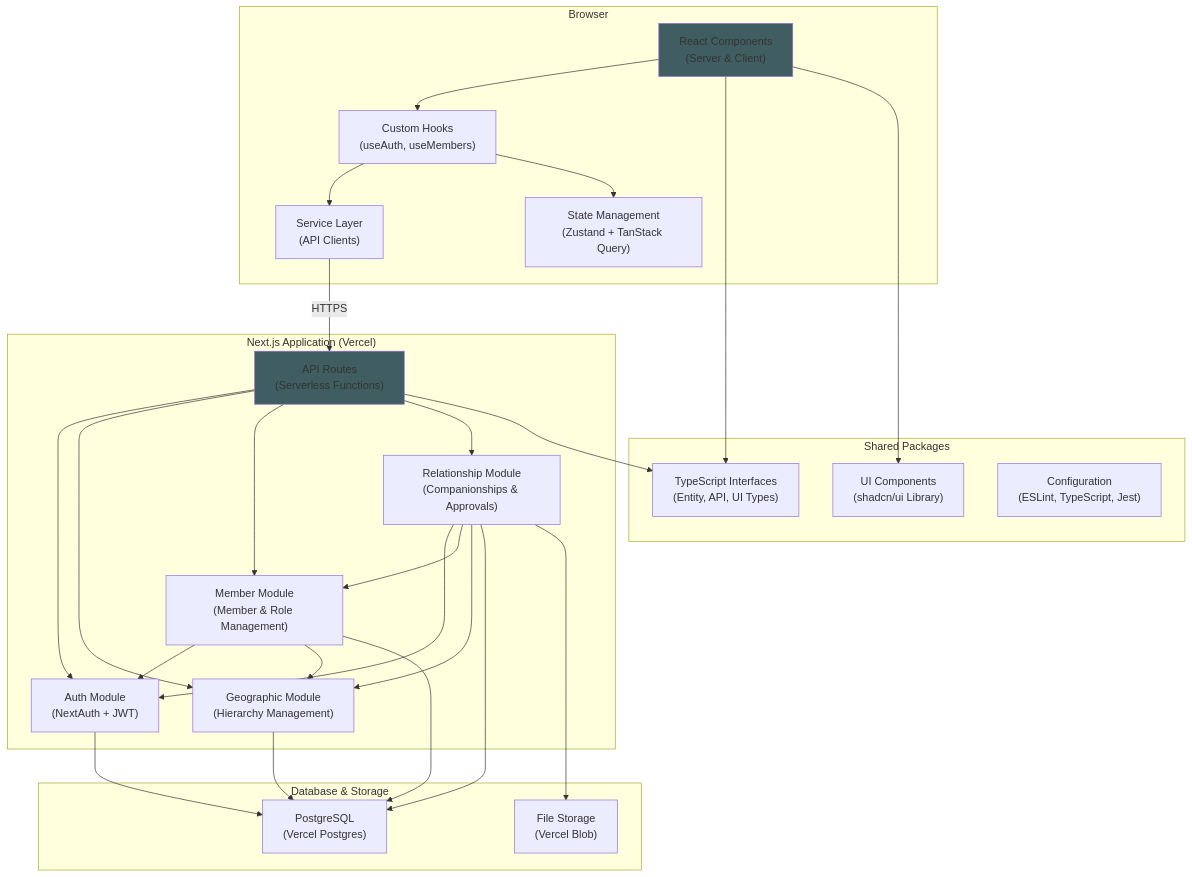
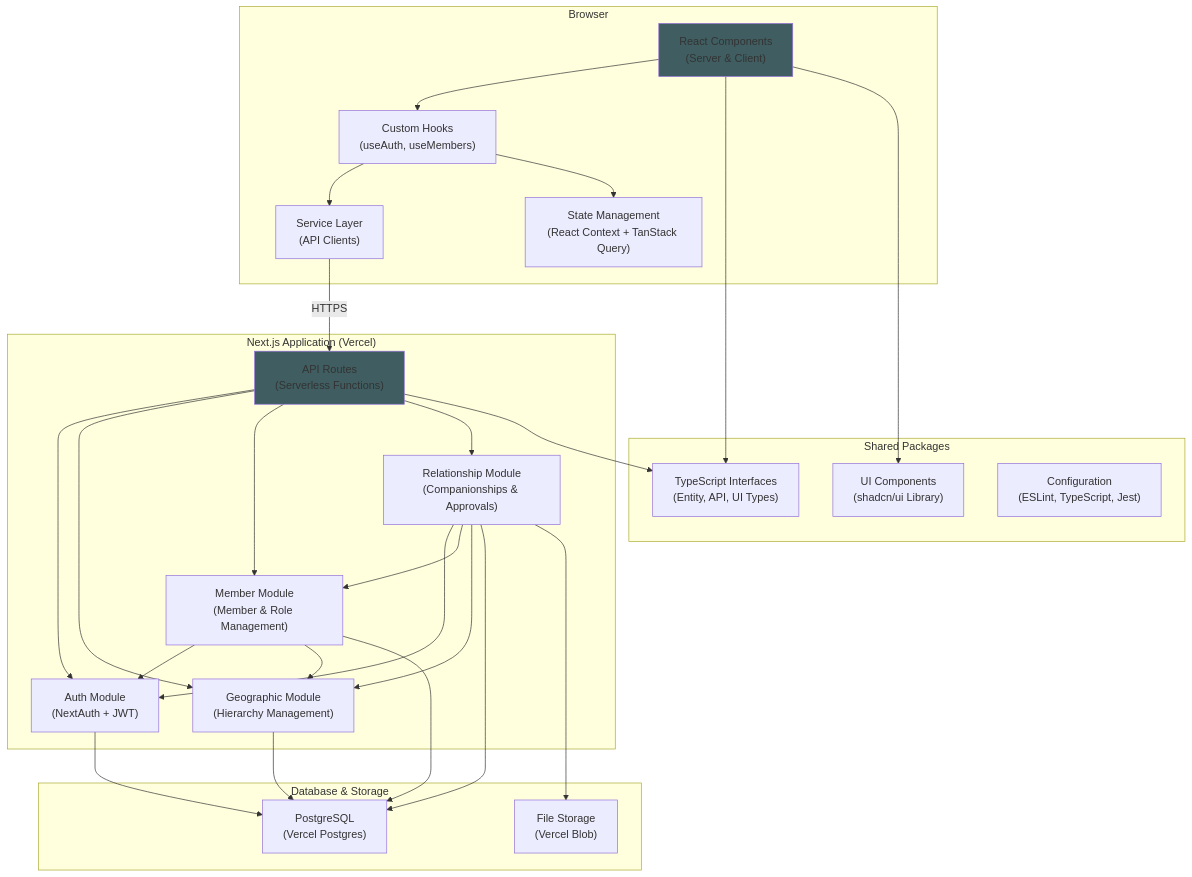
The second of 16 diagrams in docs/architecture.md (greg-latuszek/emma-companionship), drawn with Mermaid before and after one commit. The commit also changed other lines of this file, not shown here.

Commit message:
architecture.md reworked after changes_to_make.md

````diff
--- a/docs/architecture.md
+++ b/docs/architecture.md
@@ -1632,56 +1632,56 @@
 ```mermaid
 graph TD
     subgraph "Browser"
         A["React Components<br/>(Server & Client)"]
         B["Custom Hooks<br/>(useAuth, useMembers)"]
         C["Service Layer<br/>(API Clients)"]
-        D["State Management<br/>(Zustand + TanStack Query)"]
+        D["State Management<br/>(React Context + TanStack Query)"]
         
         A --> B
         B --> C
         B --> D
     end
     
     subgraph "Next.js Application (Vercel)"
         E["API Routes<br/>(Serverless Functions)"]
         F["Auth Module<br/>(NextAuth + JWT)"]
         G["Geographic Module<br/>(Hierarchy Management)"]
         H["Member Module<br/>(Member & Role Management)"]
         I["Relationship Module<br/>(Companionships & Approvals)"]
         
         E --> F
         E --> G
         E --> H
         E --> I
         
         H --> F
         H --> G
         I --> F
         I --> H
         I --> G
     end
     
     subgraph "Shared Packages"
         J["TypeScript Interfaces<br/>(Entity, API, UI Types)"]
         K["UI Components<br/>(shadcn/ui Library)"]
         L["Configuration<br/>(ESLint, TypeScript, Jest)"]
     end
     
     subgraph "Database & Storage"
         M["PostgreSQL<br/>(Vercel Postgres)"]
         N["File Storage<br/>(Vercel Blob)"]
     end
     
     C -- HTTPS --> E
     A --> J
     A --> K
     E --> J
     F --> M
     G --> M
     H --> M
     I --> M
     I --> N
     
     style A fill:#405E61
     style E fill:#405E61
 ```
````
